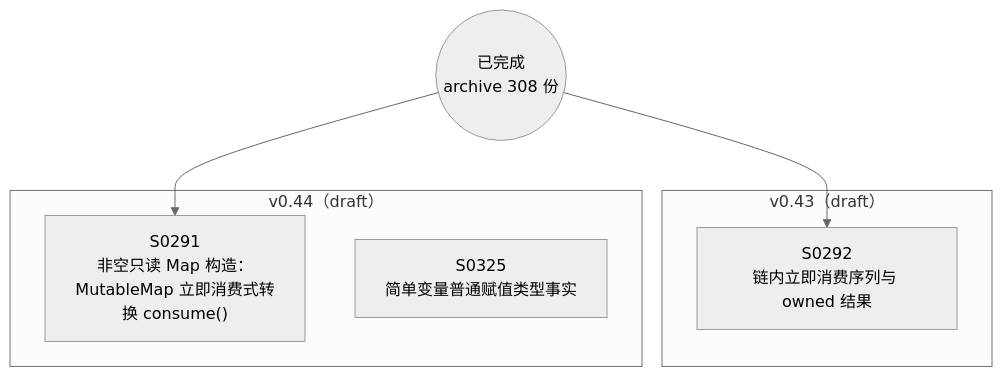
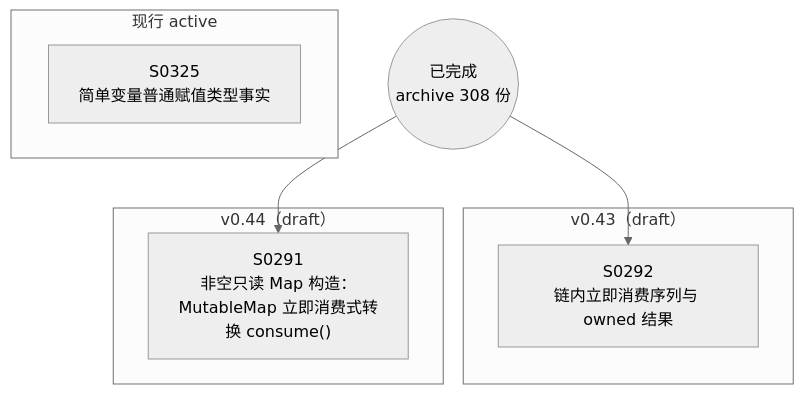
One commit to Halckon/Koven changed the diagram in docs/specs/dependency-graph.md. Above: the diagram before and after it, drawn with Mermaid (neutral theme). The commit also changed other lines of this file and 8 other files, not shown here.

````diff
--- a/docs/specs/dependency-graph.md
+++ b/docs/specs/dependency-graph.md
@@ -9,13 +9,15 @@
 ```mermaid
 flowchart TD
 ARCH(("已完成<br/>archive 308 份"))
+subgraph Gactive["现行 active"]
+  S0325["S0325<br/>简单变量普通赋值类型事实"]
+end
 subgraph Gdrafts_v043["v0.43（draft）"]
   S0292["S0292<br/>链内立即消费序列与 owned 结果"]
 end
 subgraph Gdrafts_v044["v0.44（draft）"]
   S0291["S0291<br/>非空只读 Map 构造：MutableMap 立即消费式转换 consume()"]
-  S0325["S0325<br/>简单变量普通赋值类型事实"]
 end
 ARCH --> S0291
 ARCH --> S0292
 ```
````
